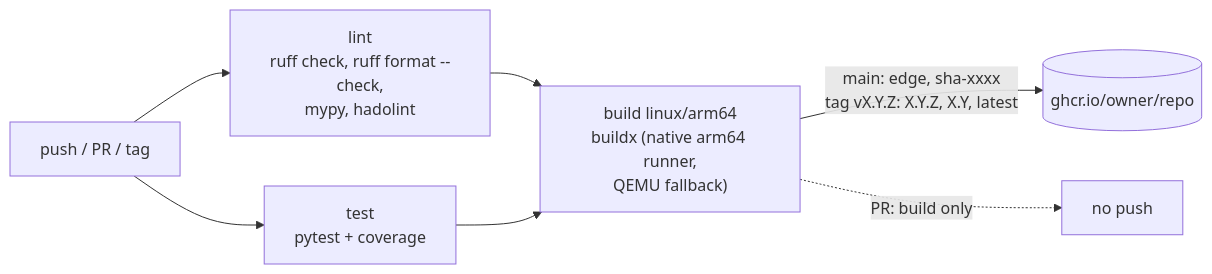
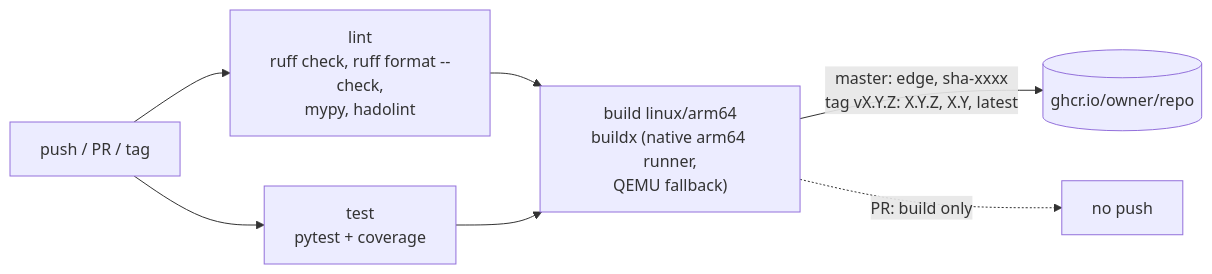
One commit to stefans22/trmnl-it8951-bridge changed the seventh of 7 diagrams in docs/design.md. Above: the diagram before and after it, drawn with Mermaid. The commit also changed other lines of this file and 45 other files, not shown here.

````diff
--- a/docs/design.md
+++ b/docs/design.md
@@ -348,9 +362,9 @@
 ```mermaid
 flowchart LR
     T[push / PR / tag] --> L["lint<br/>ruff check, ruff format --check,<br/>mypy, hadolint"]
     T --> U["test<br/>pytest + coverage"]
     L --> B["build linux/arm64<br/>buildx (native arm64 runner,<br/>QEMU fallback)"]
     U --> B
-    B -->|"main: edge, sha-xxxx<br/>tag vX.Y.Z: X.Y.Z, X.Y, latest"| R[(ghcr.io/owner/repo)]
+    B -->|"master: edge, sha-xxxx<br/>tag vX.Y.Z: X.Y.Z, X.Y, latest"| R[(ghcr.io/owner/repo)]
     B -.->|PR: build only| X[no push]
 ```
````
